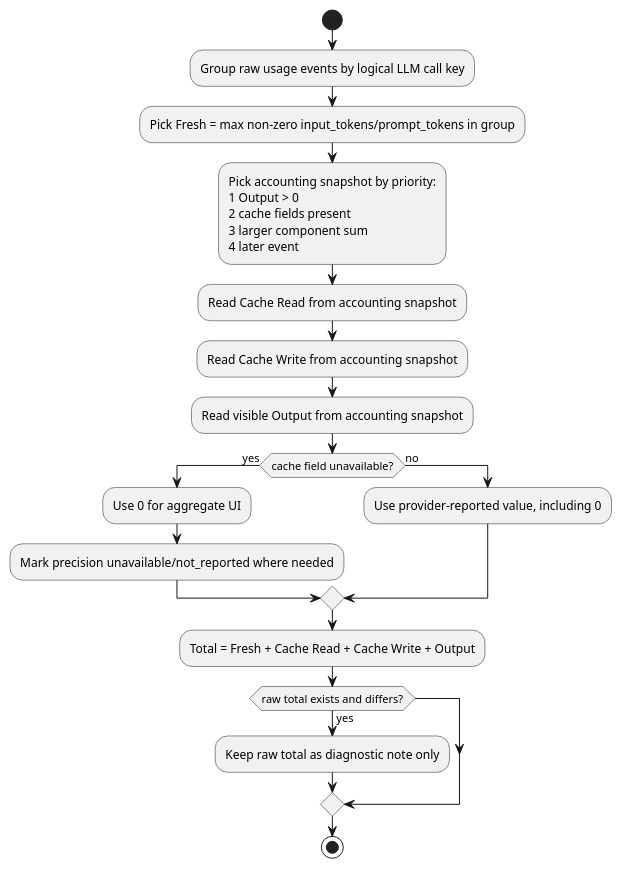
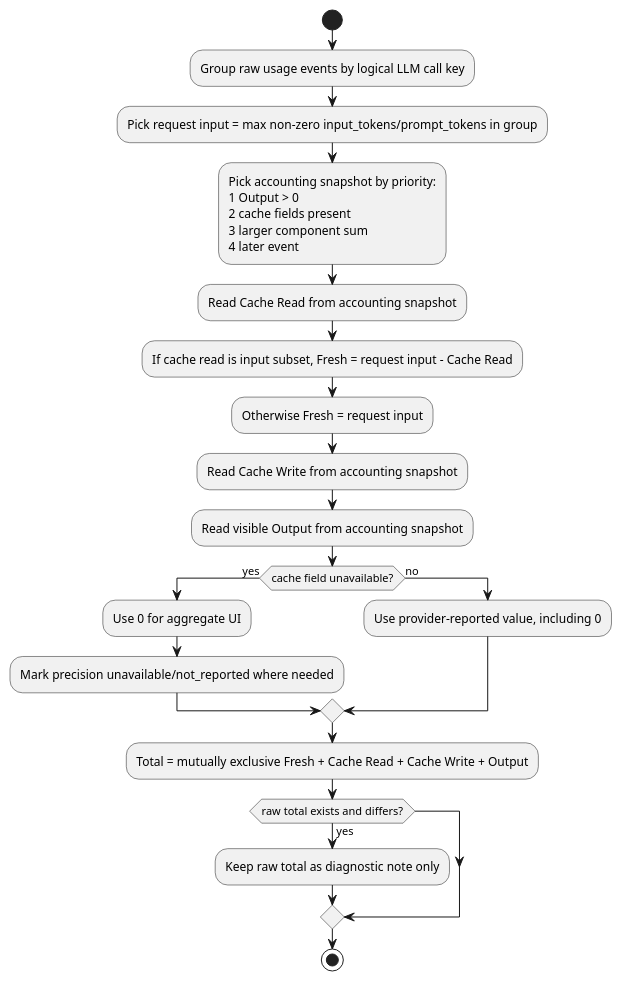
The diagram in docs/token-usage-extraction-standard.md (iampkuhz/feipi-session-browser), drawn with PlantUML before and after one commit. The commit also changed other lines of this file and 34 other files, not shown here.

````diff
--- a/docs/token-usage-extraction-standard.md
+++ b/docs/token-usage-extraction-standard.md
@@ -42,26 +42,28 @@
 ```plantuml
 @startuml
 start
 :Group raw usage events by logical LLM call key;
-:Pick Fresh = max non-zero input_tokens/prompt_tokens in group;
+:Pick request input = max non-zero input_tokens/prompt_tokens in group;
 :Pick accounting snapshot by priority:
 1 Output > 0
 2 cache fields present
 3 larger component sum
 4 later event;
 :Read Cache Read from accounting snapshot;
+:If cache read is input subset, Fresh = request input - Cache Read;
+:Otherwise Fresh = request input;
 :Read Cache Write from accounting snapshot;
 :Read visible Output from accounting snapshot;
 if (cache field unavailable?) then (yes)
   :Use 0 for aggregate UI;
   :Mark precision unavailable/not_reported where needed;
 else (no)
   :Use provider-reported value, including 0;
 endif
-:Total = Fresh + Cache Read + Cache Write + Output;
+:Total = mutually exclusive Fresh + Cache Read + Cache Write + Output;
 if (raw total exists and differs?) then (yes)
   :Keep raw total as diagnostic note only;
 endif
 stop
 @enduml
 ```
````
